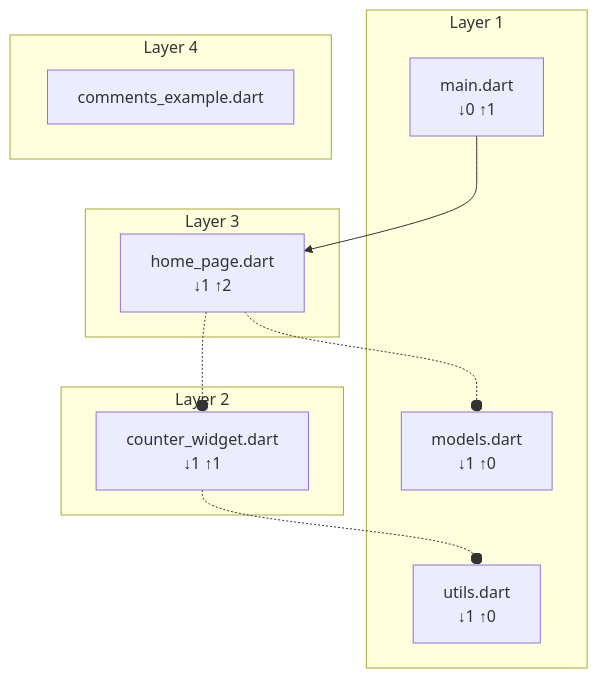
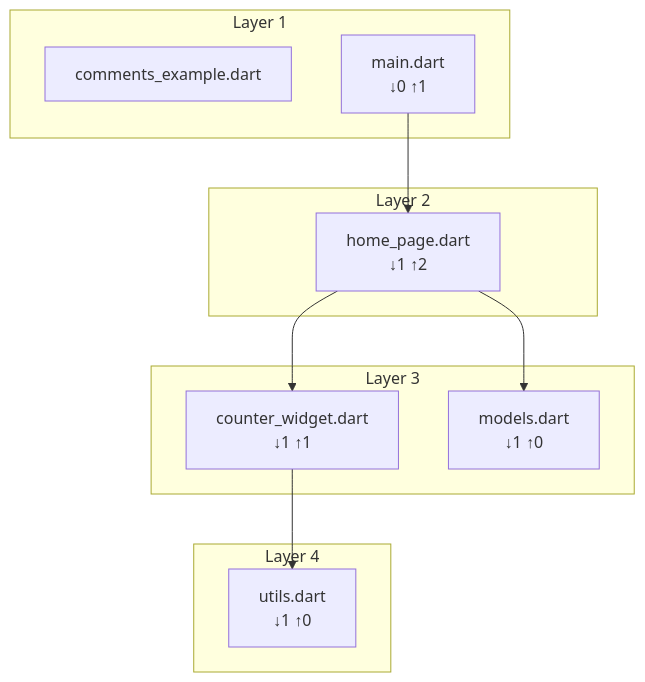
Before and after one commit to vteam-com/fCheck: the diagram in example/layers.mmd, drawn with Mermaid. The commit also changed 10 other files, not shown here.

```diff
--- a/example/layers.mmd
+++ b/example/layers.mmd
@@ -1,19 +1,19 @@
 graph TD
     subgraph Layer_1["Layer 1"]
+        comments_example["comments_example.dart"]
         main["main.dart\n↓0 ↑1"]
+    end
+    subgraph Layer_4["Layer 4"]
         utils["utils.dart\n↓1 ↑0"]
+    end
+    subgraph Layer_3["Layer 3"]
+        counter_widget["counter_widget.dart\n↓1 ↑1"]
         models["models.dart\n↓1 ↑0"]
     end
-    subgraph Layer_4["Layer 4"]
-        comments_example["comments_example.dart"]
-    end
     subgraph Layer_2["Layer 2"]
-        counter_widget["counter_widget.dart\n↓1 ↑1"]
-    end
-    subgraph Layer_3["Layer 3"]
         home_page["home_page.dart\n↓1 ↑2"]
     end
     main --> home_page
-    counter_widget -.-o utils
-    home_page -.-o counter_widget
-    home_page -.-o models
+    counter_widget --> utils
+    home_page --> counter_widget
+    home_page --> models
```
